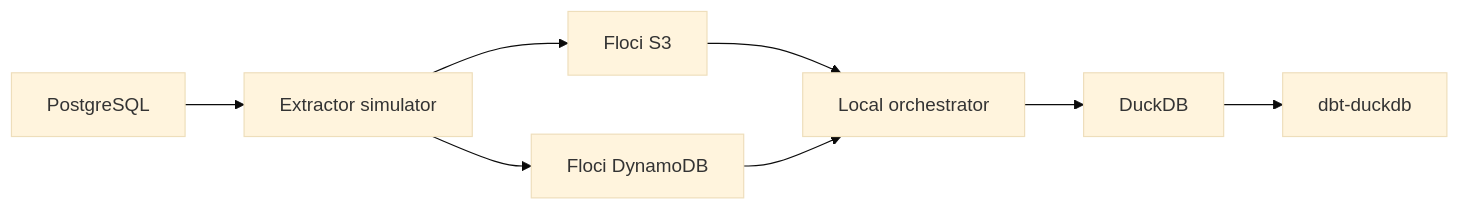
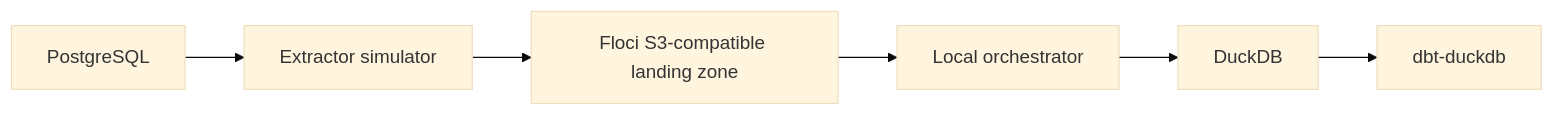
The diagram in docs/en/02-local-poc-architecture.md (mduenast/sap-glue-local-poc-docs), drawn with Mermaid (base theme) before and after one commit. The commit also changed other lines of this file and 20 other files, not shown here.

Commit message:
Refine documentation to introduce S3-compatible landing zone, revise architecture diagrams, adjust batch metadata handling, and enhance detail in JSON examples and manifest validation rules.

````diff
--- a/docs/en/02-local-poc-architecture.md
+++ b/docs/en/02-local-poc-architecture.md
@@ -5,10 +5,8 @@
 ```mermaid
 flowchart LR
   A[PostgreSQL] --> B[Extractor simulator]
-  B --> C[Floci S3]
-  B --> G[Floci DynamoDB]
+  B --> C[Floci S3-compatible landing zone]
   C --> D[Local orchestrator]
-  G --> D
   D --> E[DuckDB]
   E --> F[dbt-duckdb]
 ```
````
